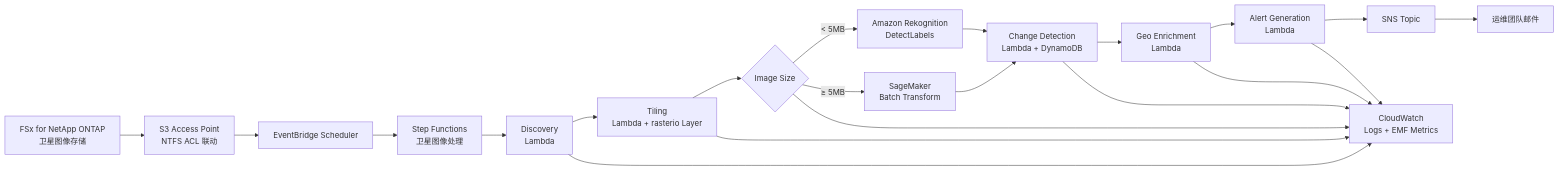
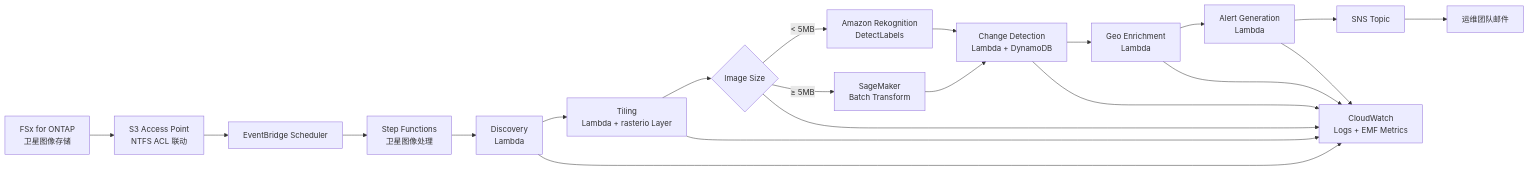
One commit to Yoshiki0705/FSx-for-ONTAP-S3AccessPoints-Serverless-Patterns changed the diagram in defense-satellite/docs/architecture.zh-CN.md. Above: the diagram before and after it, drawn with Mermaid. The commit also changed other lines of this file and 597 other files, not shown here.

````diff
--- a/defense-satellite/docs/architecture.zh-CN.md
+++ b/defense-satellite/docs/architecture.zh-CN.md
@@ -15,18 +15,18 @@
 ```mermaid
 graph LR
-    FSx[FSx for NetApp ONTAP<br/>卫星图像存储] --> S3AP[S3 Access Point<br/>NTFS ACL 联动]
+    FSx[FSx for ONTAP<br/>卫星图像存储] --> S3AP[S3 Access Point<br/>NTFS ACL 联动]
     S3AP --> EB[EventBridge Scheduler]
     EB --> SFN[Step Functions<br/>卫星图像处理]
     SFN --> L1[Discovery<br/>Lambda]
     L1 --> L2[Tiling<br/>Lambda + rasterio Layer]
     L2 --> L3{Image Size}
     L3 -->|< 5MB| Rek[Amazon Rekognition<br/>DetectLabels]
     L3 -->|≥ 5MB| SM[SageMaker<br/>Batch Transform]
     Rek --> L4[Change Detection<br/>Lambda + DynamoDB]
     SM --> L4
     L4 --> L5[Geo Enrichment<br/>Lambda]
     L5 --> L6[Alert Generation<br/>Lambda]
     L6 --> SNS[SNS Topic]
     SNS --> Mail[运维团队邮件]
     L1 & L2 & L3 & L4 & L5 & L6 --> CW[CloudWatch<br/>Logs + EMF Metrics]
 ```
````
